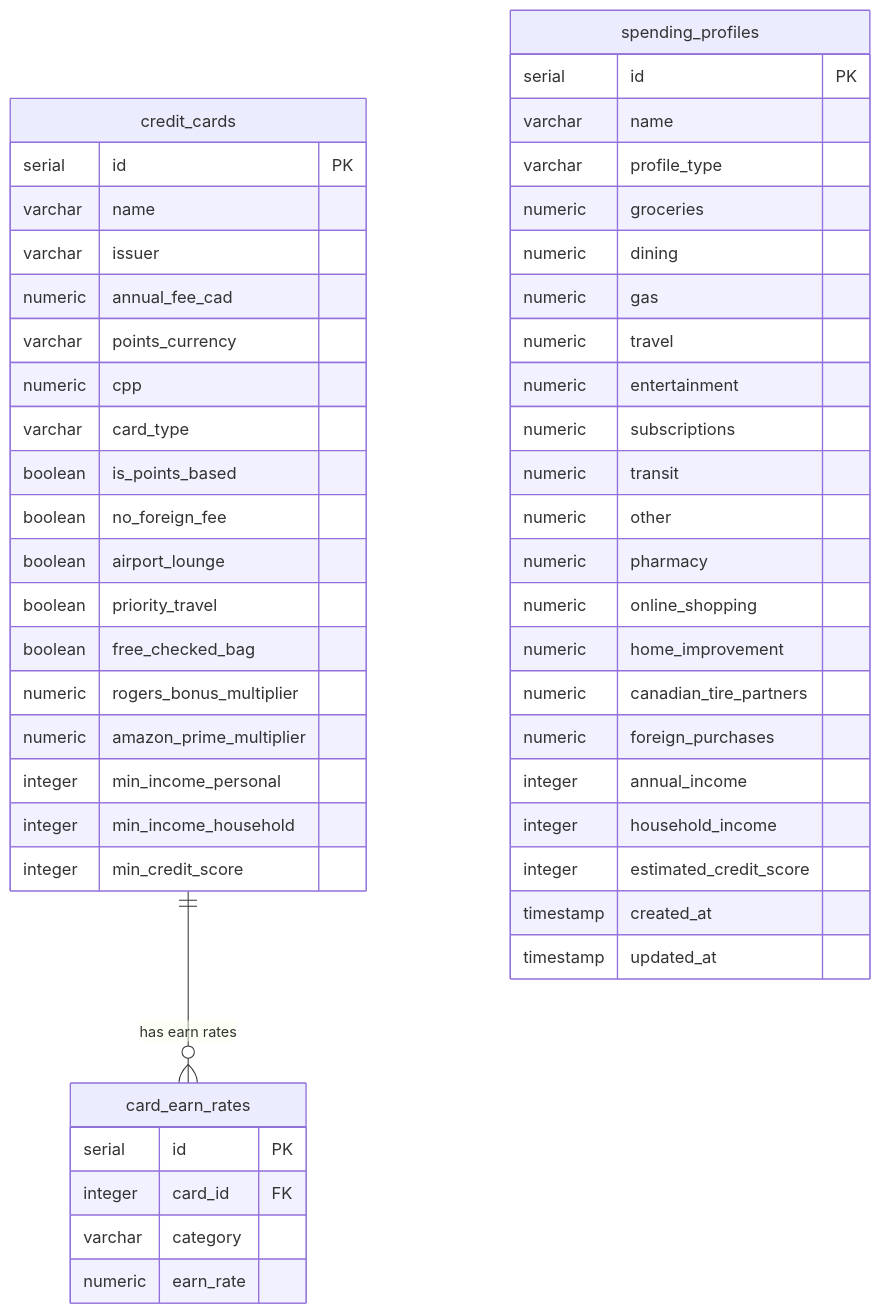
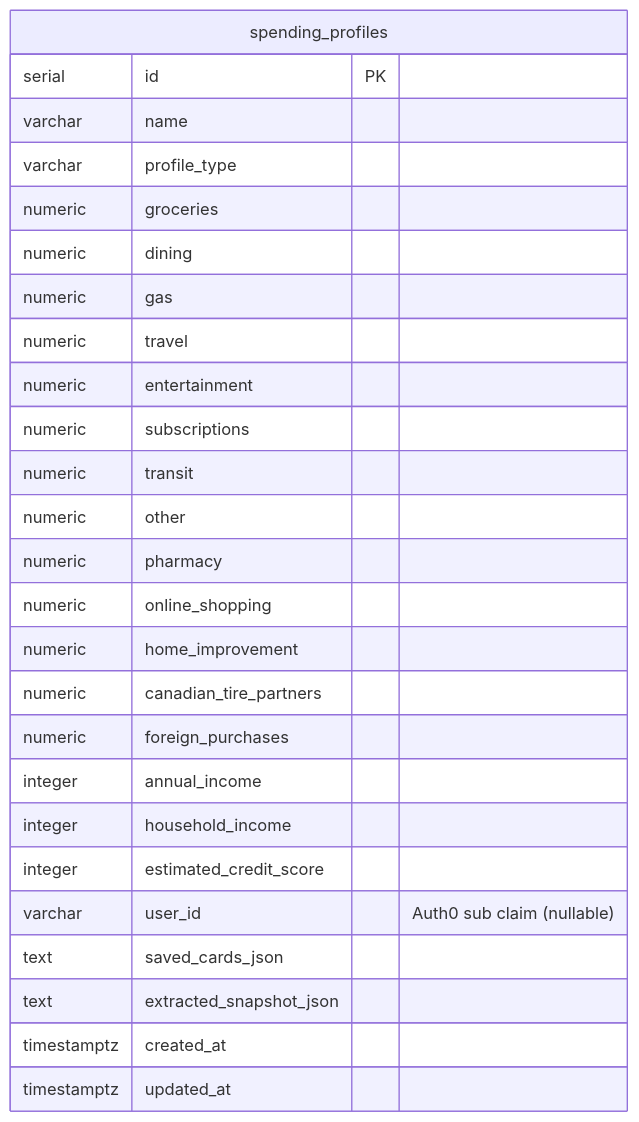
Before and after one commit to Yehdar/Canadian-Credit-Card-Points-Optimizer: the second of 5 diagrams in CLAUDE.md, drawn with Mermaid. The commit also changed other lines of this file and 2 other files, not shown here.

First line of the commit message:
docs: update README and CLAUDE.md to reflect Auth0 integration

````diff
--- a/CLAUDE.md
+++ b/CLAUDE.md
@@ -55,55 +57,29 @@
 ```mermaid
 erDiagram
-    credit_cards {
-        serial id PK
-        varchar name
-        varchar issuer
-        numeric annual_fee_cad
-        varchar points_currency
-        numeric cpp
-        varchar card_type
-        boolean is_points_based
-        boolean no_foreign_fee
-        boolean airport_lounge
-        boolean priority_travel
-        boolean free_checked_bag
-        numeric rogers_bonus_multiplier
-        numeric amazon_prime_multiplier
-        integer min_income_personal
-        integer min_income_household
-        integer min_credit_score
-    }
-
-    card_earn_rates {
-        serial id PK
-        integer card_id FK
-        varchar category
-        numeric earn_rate
-    }
-
     spending_profiles {
         serial id PK
         varchar name
         varchar profile_type
         numeric groceries
         numeric dining
         numeric gas
         numeric travel
         numeric entertainment
         numeric subscriptions
         numeric transit
         numeric other
         numeric pharmacy
         numeric online_shopping
         numeric home_improvement
         numeric canadian_tire_partners
         numeric foreign_purchases
         integer annual_income
         integer household_income
         integer estimated_credit_score
-        timestamp created_at
-        timestamp updated_at
+        varchar user_id "Auth0 sub claim (nullable)"
+        text saved_cards_json
+        text extracted_snapshot_json
+        timestamptz created_at
+        timestamptz updated_at
     }
-
-    credit_cards ||--o{ card_earn_rates : "has earn rates"
 ```
````
